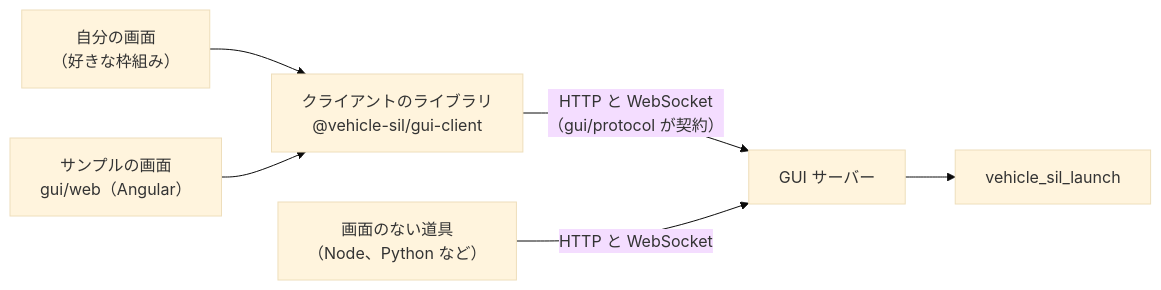
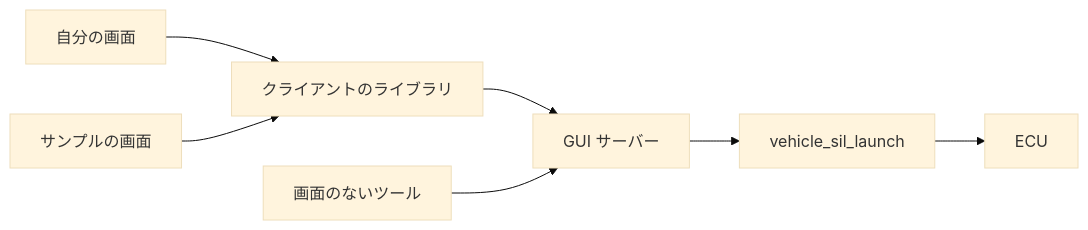
One commit to rahanahu/vehicle-sil changed the diagram in docs/gui.md. Above: the diagram before and after it, drawn with Mermaid (base theme). The commit also changed other lines of this file and 5 other files, not shown here.

````diff
--- a/docs/gui.md
+++ b/docs/gui.md
@@ -79,8 +19,9 @@
 ```mermaid
 flowchart LR
-  yours["自分の画面<br/>（好きな枠組み）"] --> lib["クライアントのライブラリ<br/>@vehicle-sil/gui-client"]
-  sample["サンプルの画面<br/>gui/web（Angular）"] --> lib
-  lib -->|"HTTP と WebSocket<br/>（gui/protocol が契約）"| server["GUI サーバー"]
-  tool["画面のない道具<br/>（Node、Python など）"] -->|HTTP と WebSocket| server
+  yours["自分の画面"] --> lib["クライアントのライブラリ"]
+  sample["サンプルの画面"] --> lib
+  lib --> server["GUI サーバー"]
+  tool["画面のないツール"] --> server
   server --> launcher["vehicle_sil_launch"]
+  launcher --> ecu["ECU"]
 ```
````
